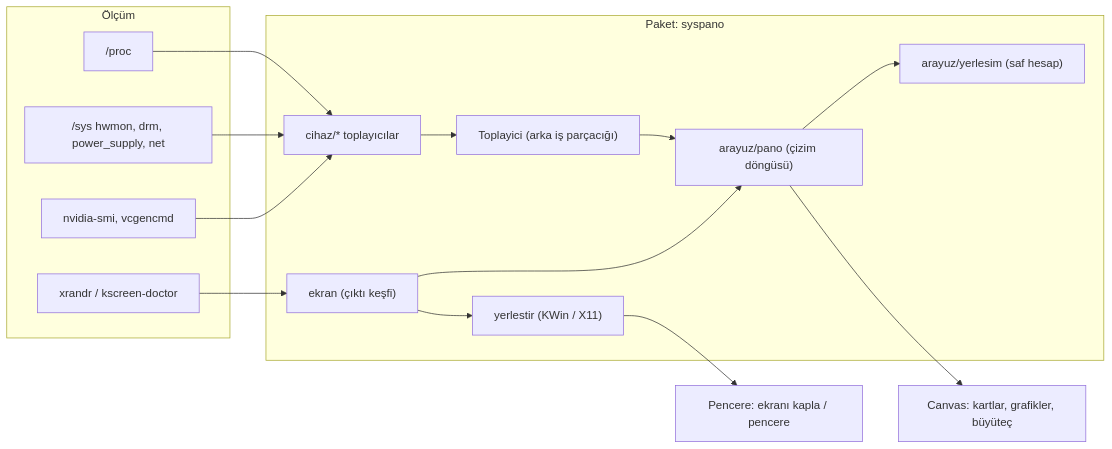
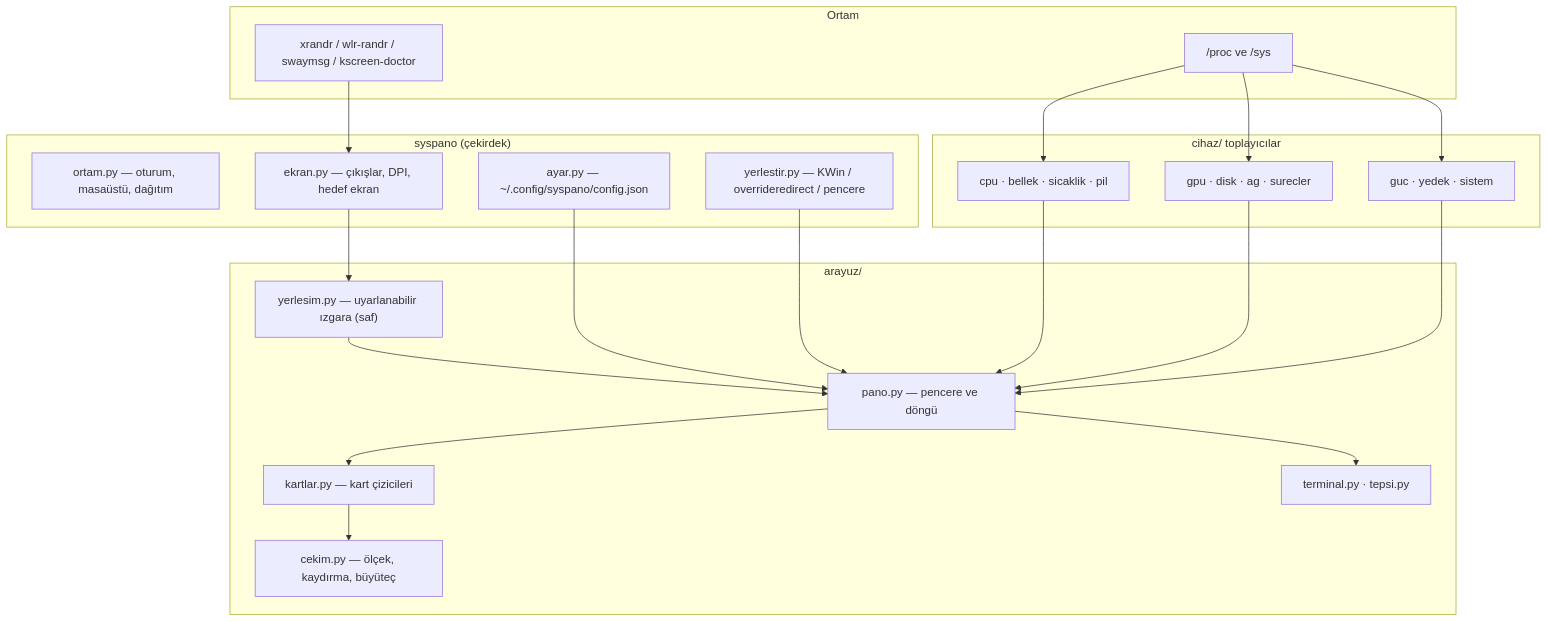
The diagram in README.md (botanguner/syspano), drawn with Mermaid before and after one commit. The commit also changed other lines of this file and 22 other files, not shown here.

First line of the commit message:
Uyarlanabilir arayüz, küçük ekran dayanıklılığı ve zengin CLI

````diff
--- a/README.md
+++ b/README.md
@@ -198,27 +258,32 @@
 ```mermaid
-flowchart LR
-    subgraph top["Ölçüm"]
-        P["/proc"] 
-        S["/sys hwmon, drm, power_supply, net"]
-        X["xrandr / kscreen-doctor"]
-        N["nvidia-smi, vcgencmd"]
-    end
-    subgraph cekirdek["Paket: syspano"]
-        C["cihaz/* toplayıcılar"]
-        T["Toplayici (arka iş parçacığı)"]
-        E["ekran (çıktı keşfi)"]
-        Y["yerlestir (KWin / X11)"]
-        L["arayuz/yerlesim (saf hesap)"]
-        A["arayuz/pano (çizim döngüsü)"]
-    end
-    P --> C
-    S --> C
-    N --> C
-    X --> E
-    C --> T --> A
-    E --> A
-    E --> Y
-    A --> L
-    Y --> W["Pencere: ekranı kapla / pencere"]
-    A --> K["Canvas: kartlar, grafikler, büyüteç"]
+flowchart TD
+  subgraph Girdi["Ortam"]
+    A1["xrandr / wlr-randr / swaymsg / kscreen-doctor"]
+    A2["/proc ve /sys"]
+  end
+  subgraph Cekirdek["syspano (çekirdek)"]
+    B1["ortam.py — oturum, masaüstü, dağıtım"]
+    B2["ekran.py — çıkışlar, DPI, hedef ekran"]
+    B3["ayar.py — ~/.config/syspano/config.json"]
+    B4["yerlestir.py — KWin / overrideredirect / pencere"]
+  end
+  subgraph Veri["cihaz/ toplayıcılar"]
+    C1["cpu · bellek · sicaklik · pil"]
+    C2["gpu · disk · ag · surecler"]
+    C3["guc · yedek · sistem"]
+  end
+  subgraph Arayuz["arayuz/"]
+    D1["yerlesim.py — uyarlanabilir ızgara (saf)"]
+    D2["kartlar.py — kart çizicileri"]
+    D3["cekim.py — ölçek, kaydırma, büyüteç"]
+    D4["pano.py — pencere ve döngü"]
+    D5["terminal.py · tepsi.py"]
+  end
+  A1 --> B2 --> D1
+  A2 --> C1 & C2 & C3
+  B3 --> D4
+  B4 --> D4
+  C1 & C2 & C3 --> D4
+  D1 --> D4 --> D2 --> D3
+  D4 --> D5
 ```
````
